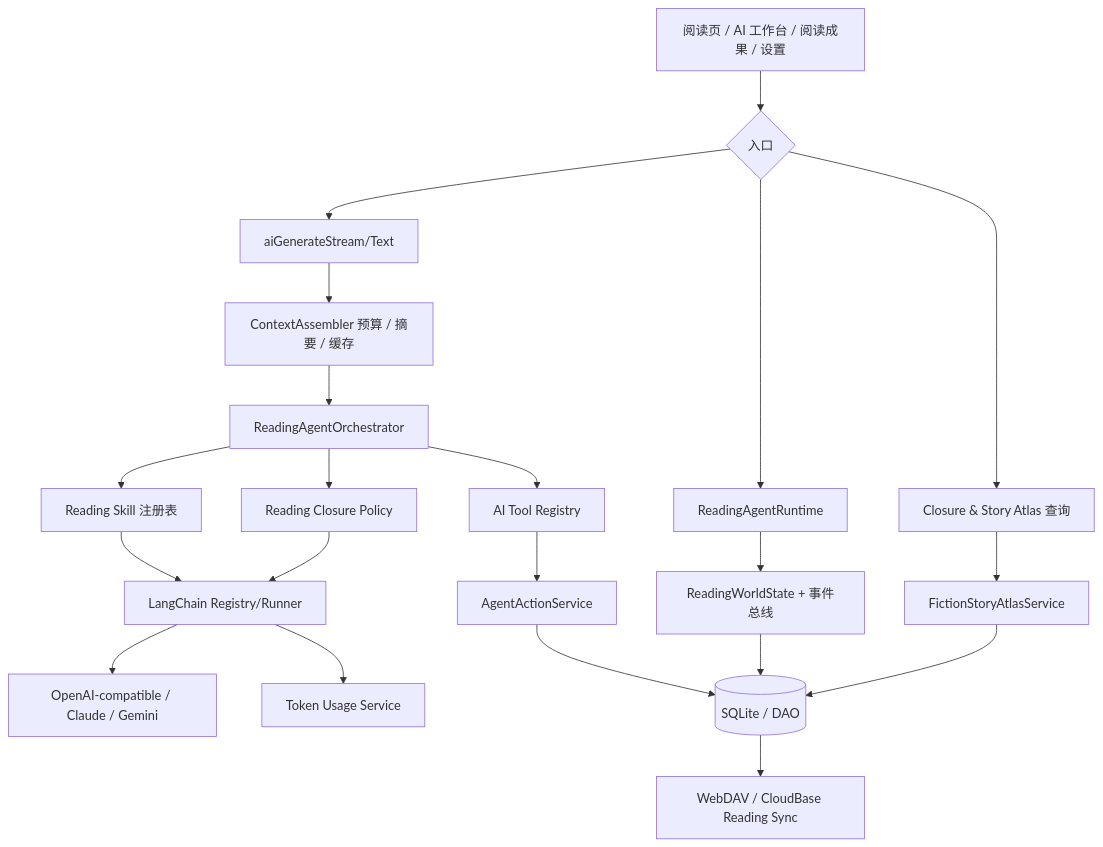
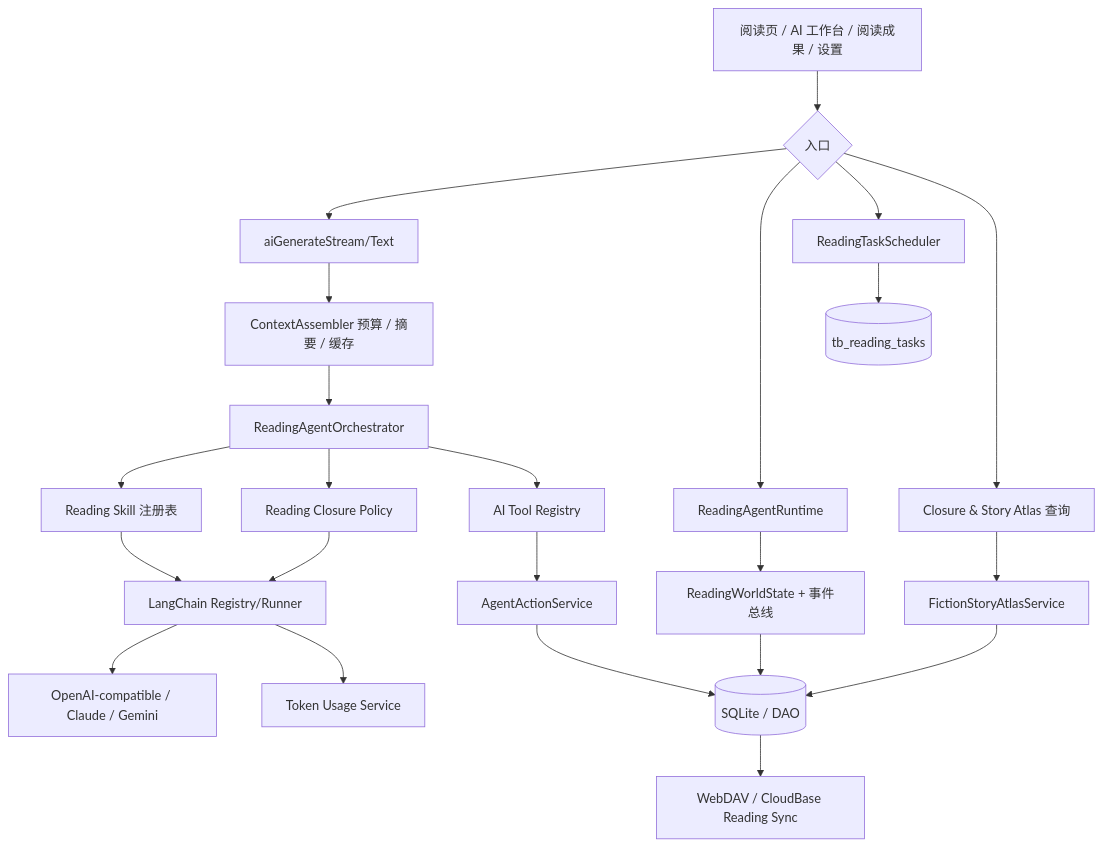
One commit to AceInAndroid/anx-reader changed the diagram in docs/architecture/ai-architecture.md. Above: the diagram before and after it, drawn with Mermaid. The commit also changed other lines of this file and 10 other files, not shown here.

````diff
--- a/docs/architecture/ai-architecture.md
+++ b/docs/architecture/ai-architecture.md
@@ -17,23 +17,25 @@
 ```mermaid
 flowchart TD
   UI[阅读页 / AI 工作台 / 阅读成果 / 设置] --> Entry{入口}
   Entry --> Chat[aiGenerateStream/Text]
   Entry --> Runtime[ReadingAgentRuntime]
+  Entry --> Tasks[ReadingTaskScheduler]
   Entry --> Outcomes[Closure & Story Atlas 查询]
   Chat --> Context[ContextAssembler 预算 / 摘要 / 缓存]
   Context --> Orchestrator[ReadingAgentOrchestrator]
   Runtime --> World[ReadingWorldState + 事件总线]
+  Tasks --> TaskDb[(tb_reading_tasks)]
   Orchestrator --> Skill[Reading Skill 注册表]
   Orchestrator --> Policy[Reading Closure Policy]
   Orchestrator --> Tools[AI Tool Registry]
   Skill --> Runner[LangChain Registry/Runner]
   Policy --> Runner
   Tools --> Action[AgentActionService]
   Runner --> Provider[OpenAI-compatible / Claude / Gemini]
   Runner --> Usage[Token Usage Service]
   World --> SQLite[(SQLite / DAO)]
   Action --> SQLite
   Outcomes --> Atlas[FictionStoryAtlasService]
   Atlas --> SQLite
   SQLite --> Sync[WebDAV / CloudBase Reading Sync]
 ```
````
